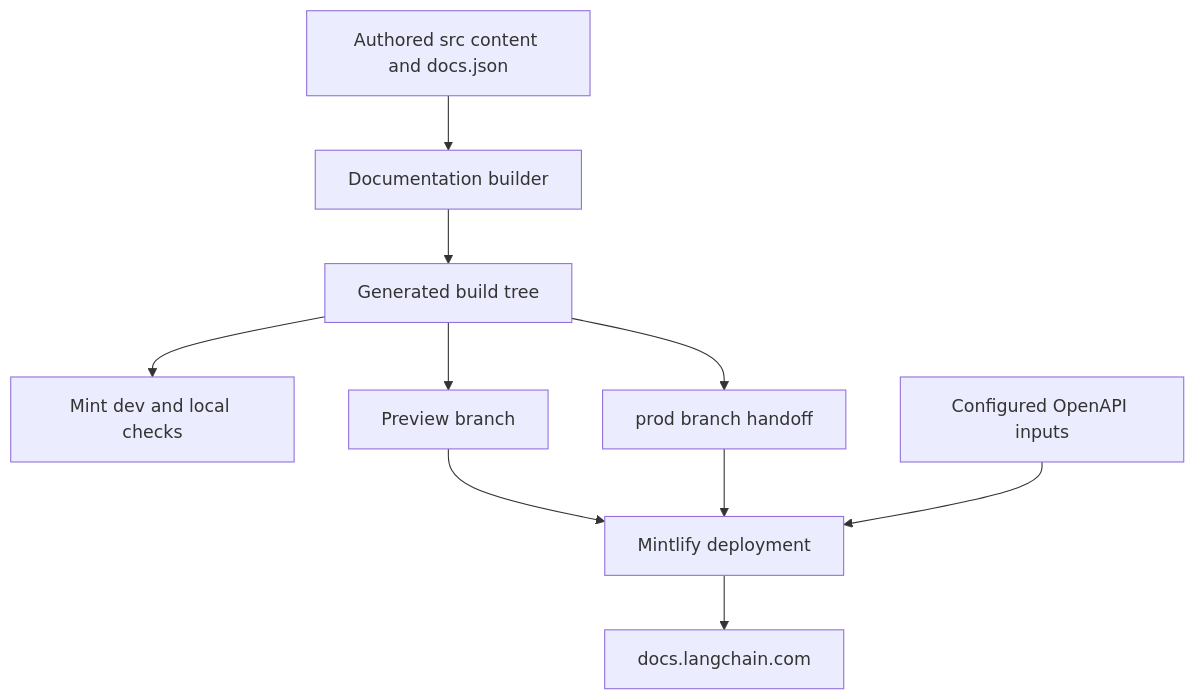
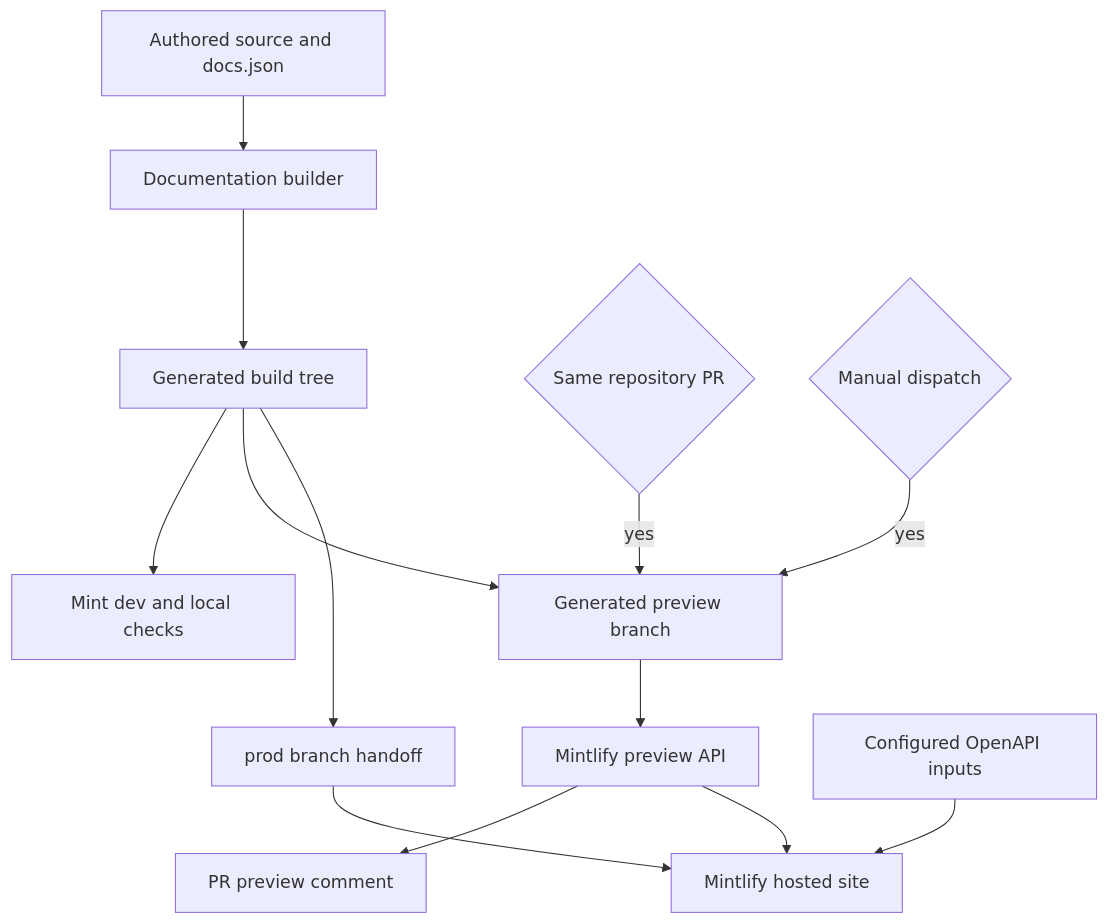
Before and after one commit to langchain-ai/docs: the diagram in openwiki/integrations/mintlify.md, drawn with Mermaid. The commit also changed other lines of this file and 15 other files, not shown here.

````diff
--- a/openwiki/integrations/mintlify.md
+++ b/openwiki/integrations/mintlify.md
@@ -51,12 +51,15 @@
 ```mermaid
 flowchart TD
-    Source["Authored src content and docs.json"] --> Builder["Documentation builder"]
+    Source["Authored source and docs.json"] --> Builder["Documentation builder"]
     Builder --> Build["Generated build tree"]
     Build --> Local["Mint dev and local checks"]
-    Build --> Preview["Preview branch"]
-    Build --> Production["prod branch handoff"]
-    Preview --> Mint["Mintlify deployment"]
-    Production --> Mint
-    Spec["Configured OpenAPI inputs"] --> Mint
-    Mint --> Site["docs.langchain.com"]
+    SameRepo{"Same repository PR"} -->|yes| PreviewBranch["Generated preview branch"]
+    Manual{"Manual dispatch"} -->|yes| PreviewBranch
+    Build --> PreviewBranch
+    PreviewBranch --> PreviewAPI["Mintlify preview API"]
+    PreviewAPI --> PRComment["PR preview comment"]
+    Build --> ProdBranch["prod branch handoff"]
+    ProdBranch --> Hosted["Mintlify hosted site"]
+    PreviewAPI --> Hosted
+    OpenAPI["Configured OpenAPI inputs"] --> Hosted
 ```
````
